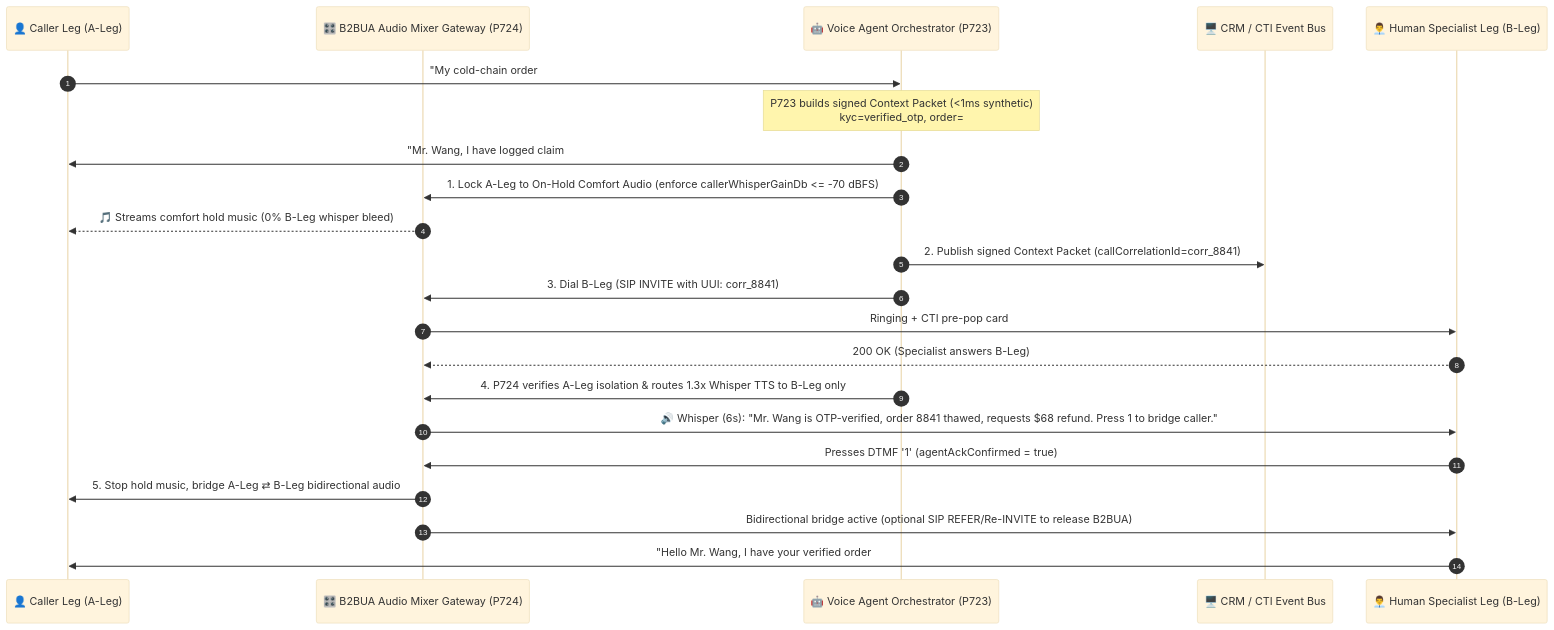
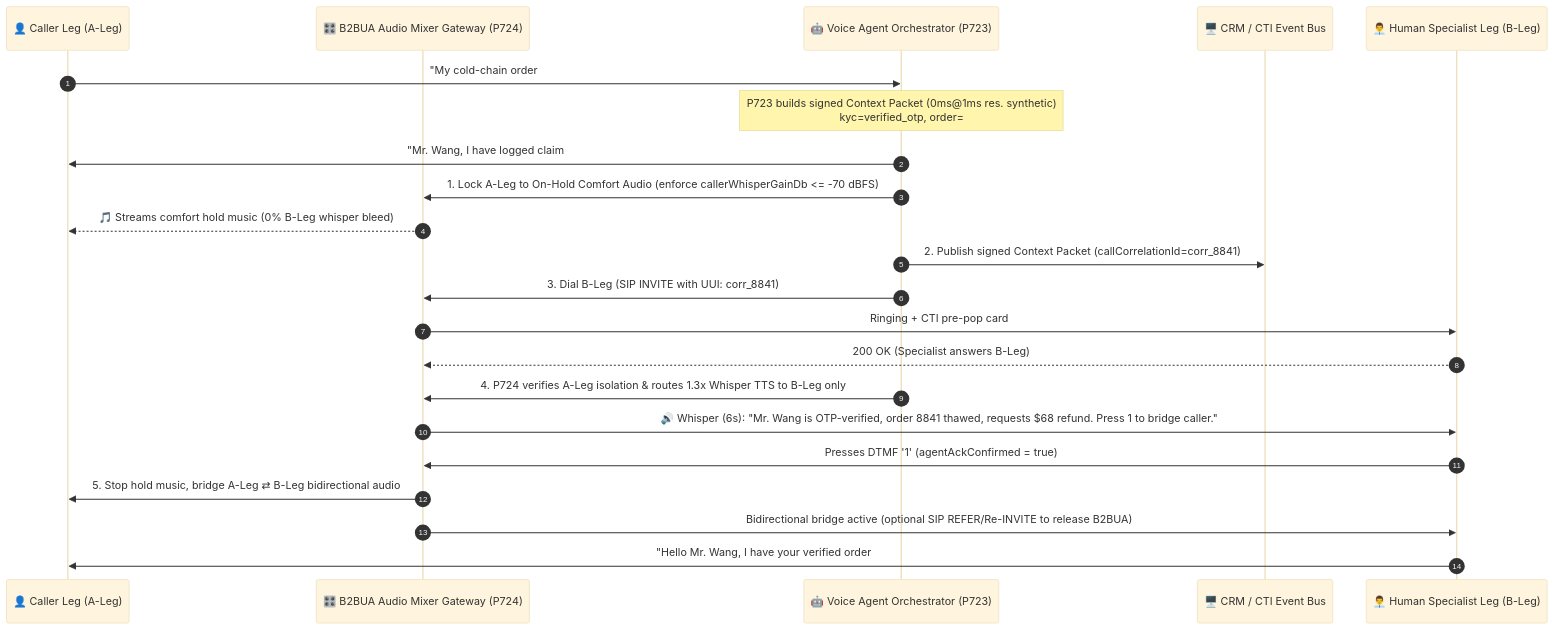
One commit to turbo998/turbo998.github.io changed the third of 3 diagrams in voice/warm-transfer-whisper-handoff-faq.en.md. Above: the diagram before and after it, drawn with Mermaid (base theme). The commit also changed other lines of this file and 43 other files, not shown here.

````diff
--- a/voice/warm-transfer-whisper-handoff-faq.en.md
+++ b/voice/warm-transfer-whisper-handoff-faq.en.md
@@ -109,25 +109,25 @@
 ```mermaid
 sequenceDiagram
     autonumber
     participant Caller as 👤 Caller Leg (A-Leg)
     participant B2BUA as 🎛️ B2BUA Audio Mixer Gateway (P724)
     participant AgentAI as 🤖 Voice Agent Orchestrator (P723)
     participant CTI as 🖥️ CRM / CTI Event Bus
     participant Human as 👨‍💼 Human Specialist Leg (B-Leg)
 
     Caller->>AgentAI: "My cold-chain order #8841 arrived completely thawed, I need a full refund!"
-    Note over AgentAI: P723 builds signed Context Packet (<1ms synthetic)<br/>kyc=verified_otp, order=#8841, sentiment=high_risk
+    Note over AgentAI: P723 builds signed Context Packet (0ms@1ms res. synthetic)<br/>kyc=verified_otp, order=#8841, sentiment=high_risk
     AgentAI->>Caller: "Mr. Wang, I have logged claim #8841 and verified your account. Let me connect you to our supervisor—you won't need to repeat anything."
     AgentAI->>B2BUA: 1. Lock A-Leg to On-Hold Comfort Audio (enforce callerWhisperGainDb <= -70 dBFS)
     B2BUA-->>Caller: 🎵 Streams comfort hold music (0% B-Leg whisper bleed)
     AgentAI->>CTI: 2. Publish signed Context Packet (callCorrelationId=corr_8841)
     AgentAI->>B2BUA: 3. Dial B-Leg (SIP INVITE with UUI: corr_8841)
     B2BUA->>Human: Ringing + CTI pre-pop card
     Human-->>B2BUA: 200 OK (Specialist answers B-Leg)
     AgentAI->>B2BUA: 4. P724 verifies A-Leg isolation & routes 1.3x Whisper TTS to B-Leg only
     B2BUA->>Human: 🔊 Whisper (6s): "Mr. Wang is OTP-verified, order 8841 thawed, requests $68 refund. Press 1 to bridge caller."
     Human->>B2BUA: Presses DTMF '1' (agentAckConfirmed = true)
     B2BUA->>Caller: 5. Stop hold music, bridge A-Leg ⇄ B-Leg bidirectional audio
     B2BUA->>Human: Bidirectional bridge active (optional SIP REFER/Re-INVITE to release B2BUA)
     Human->>Caller: "Hello Mr. Wang, I have your verified order #8841 right here—I'm approving your $68 full refund now."
 ```
````
